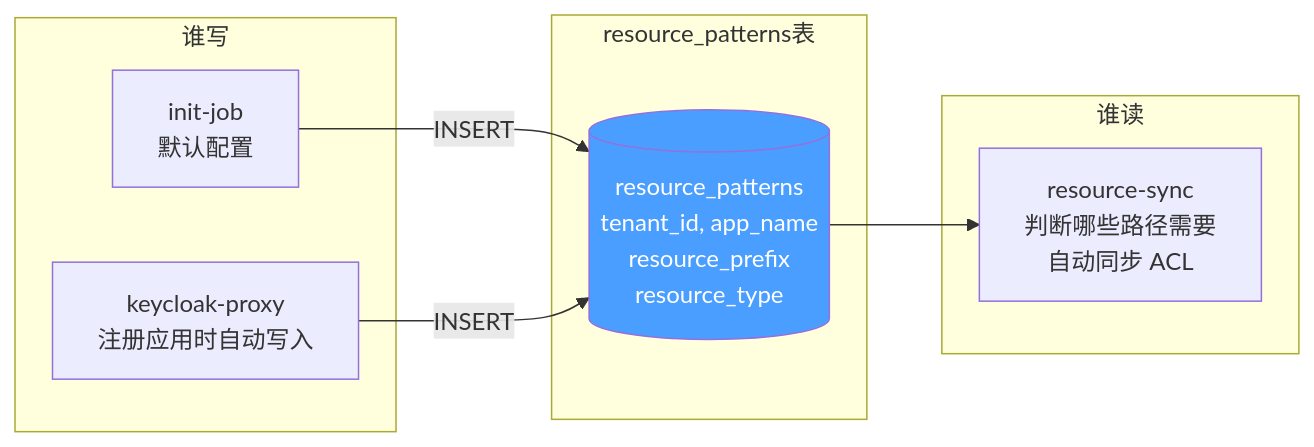
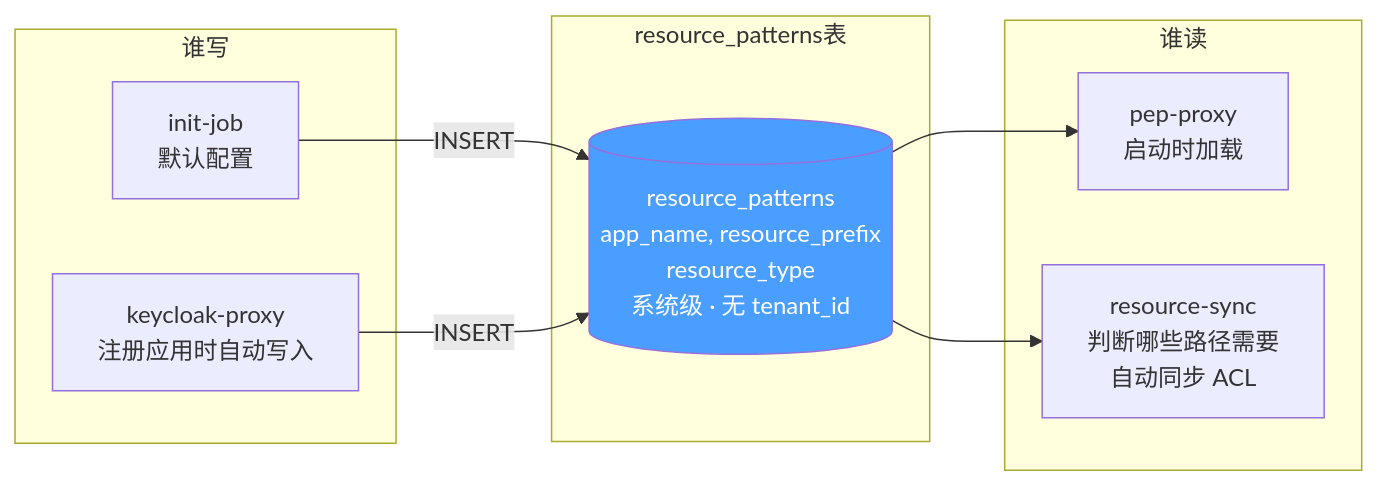
One commit to xiewanchao/aidp-iam changed the fourth of 11 diagrams in diagrams/data-storage.md. Above: the diagram before and after it, drawn with Mermaid. The commit also changed other lines of this file and 5 other files, not shown here.

````diff
--- a/diagrams/data-storage.md
+++ b/diagrams/data-storage.md
@@ -141,21 +251,23 @@
 ```mermaid
 flowchart LR
     subgraph 谁写
         INIT[init-job<br/>默认配置]
         KP[keycloak-proxy<br/>注册应用时自动写入]
     end
 
     subgraph resource_patterns表
-        RP[(resource_patterns<br/>tenant_id, app_name<br/>resource_prefix<br/>resource_type)]
+        RP[(resource_patterns<br/>app_name, resource_prefix<br/>resource_type<br/>系统级 · 无 tenant_id)]
     end
 
     subgraph 谁读
+        PEP[pep-proxy<br/>启动时加载]
         RS[resource-sync<br/>判断哪些路径需要<br/>自动同步 ACL]
     end
 
     INIT -->|INSERT| RP
     KP -->|INSERT| RP
+    RP --> PEP
     RP --> RS
 
     style RP fill:#4a9eff,color:#fff
 ```
````
